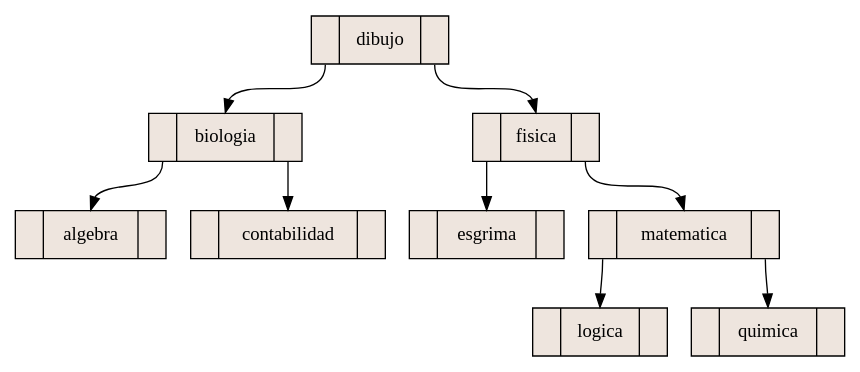
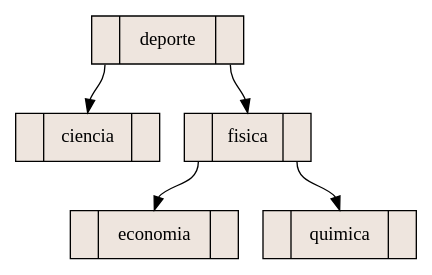
The diagram in arbolAVL.dot (RonaldOrdonez/EDD_1S2020_PY2_201314564), drawn with Graphviz before and after one commit. The commit also changed 31 other files, not shown here.

```diff
--- a/arbolAVL.dot
+++ b/arbolAVL.dot
@@ -1,21 +1,13 @@
 digraph arbolAVL{
 rankdir=TB;
 node[shape = record, style=filled, fillcolor=seashell2];
-dibujo[label = "<f0> |<f1> dibujo|<f2>"]; 
-"dibujo":f0 -> "biologia":f1; 
-"dibujo":f2 -> "fisica":f1; 
-biologia[label = "<f0> |<f1> biologia|<f2>"]; 
-"biologia":f0 -> "algebra":f1; 
-"biologia":f2 -> "contabilidad":f1; 
-algebra[label = "<f0> |<f1> algebra|<f2>"]; 
-contabilidad[label = "<f0> |<f1> contabilidad|<f2>"]; 
+deporte[label = "<f0> |<f1> deporte|<f2>"]; 
+"deporte":f0 -> "ciencia":f1; 
+"deporte":f2 -> "fisica":f1; 
+ciencia[label = "<f0> |<f1> ciencia|<f2>"]; 
 fisica[label = "<f0> |<f1> fisica|<f2>"]; 
-"fisica":f0 -> "esgrima":f1; 
-"fisica":f2 -> "matematica":f1; 
-esgrima[label = "<f0> |<f1> esgrima|<f2>"]; 
-matematica[label = "<f0> |<f1> matematica|<f2>"]; 
-"matematica":f0 -> "logica":f1; 
-"matematica":f2 -> "quimica":f1; 
-logica[label = "<f0> |<f1> logica|<f2>"]; 
+"fisica":f0 -> "economia":f1; 
+"fisica":f2 -> "quimica":f1; 
+economia[label = "<f0> |<f1> economia|<f2>"]; 
 quimica[label = "<f0> |<f1> quimica|<f2>"]; 
 }
```
